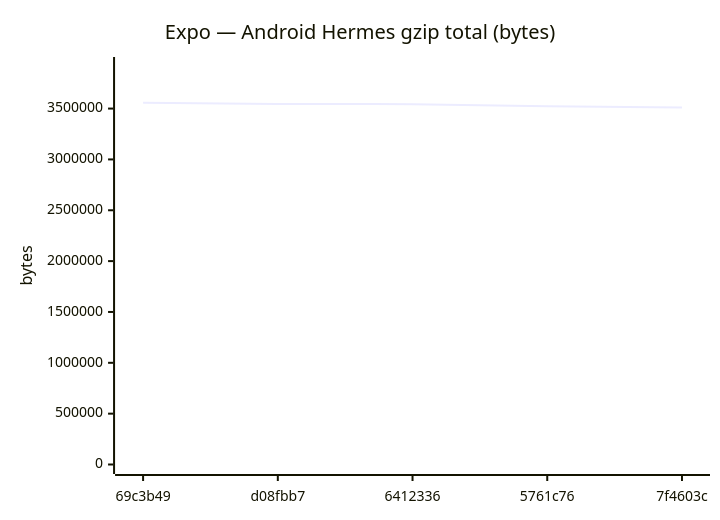
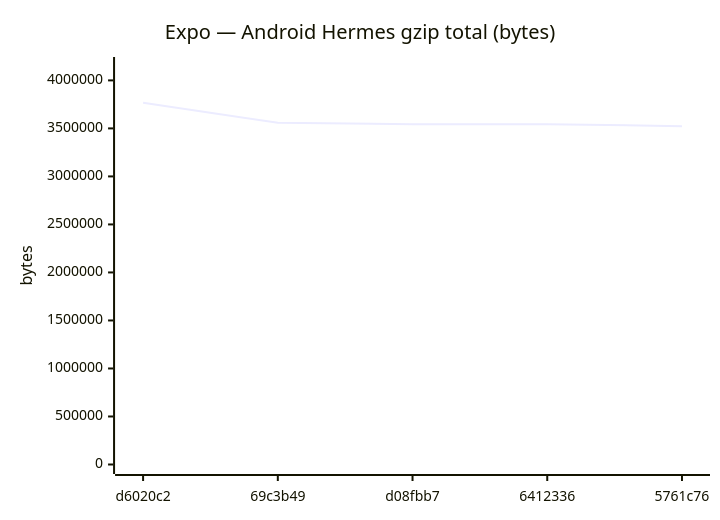
One commit to Metaheurist/Rianell changed diagram 11 of 18 in benchmarks/compare.md. Above: the diagram before and after it, drawn with Mermaid. The commit also changed other lines of this file and 11 other files, not shown here.

````diff
--- a/benchmarks/compare.md
+++ b/benchmarks/compare.md
@@ -172,7 +172,7 @@
 ```mermaid
 xychart-beta
     title "Expo — Android Hermes gzip total (bytes)"
-    x-axis ["69c3b49", "d08fbb7", "6412336", "5761c76", "7f4603c"]
-    y-axis "bytes" 0 --> 3913699
-    line [3557908, 3544463, 3543472, 3523541, 3511474]
+    x-axis ["d6020c2", "69c3b49", "d08fbb7", "6412336", "5761c76"]
+    y-axis "bytes" 0 --> 4144594
+    line [3767812, 3557908, 3544463, 3543472, 3523541]
 ```
````
